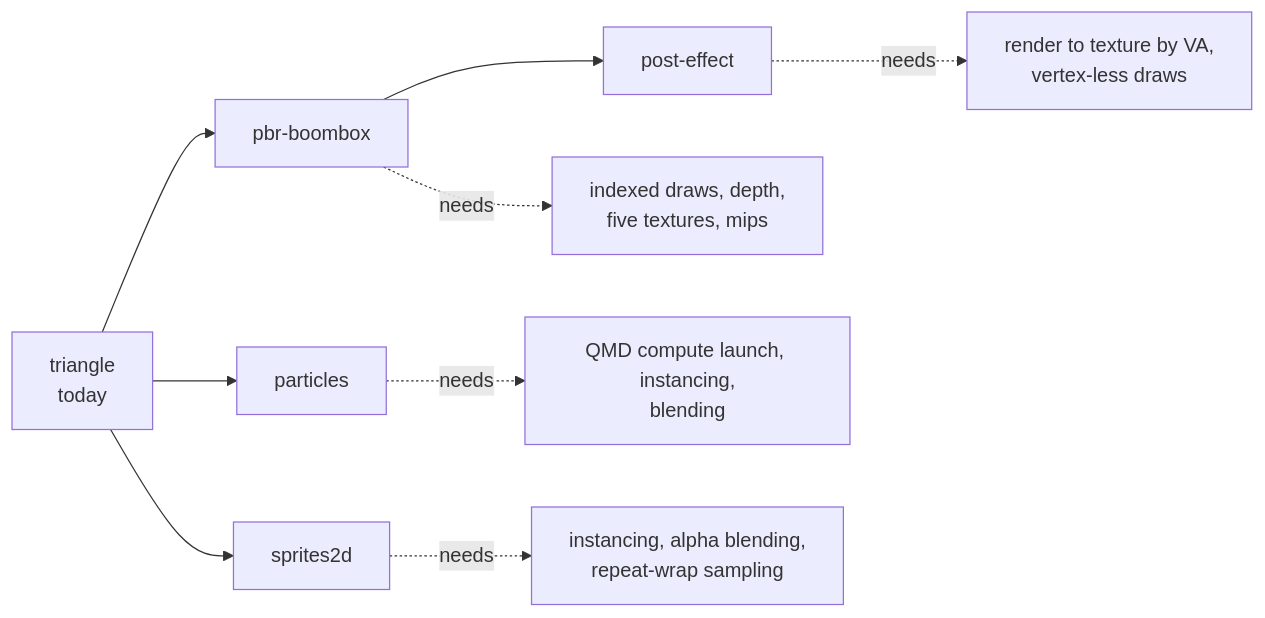
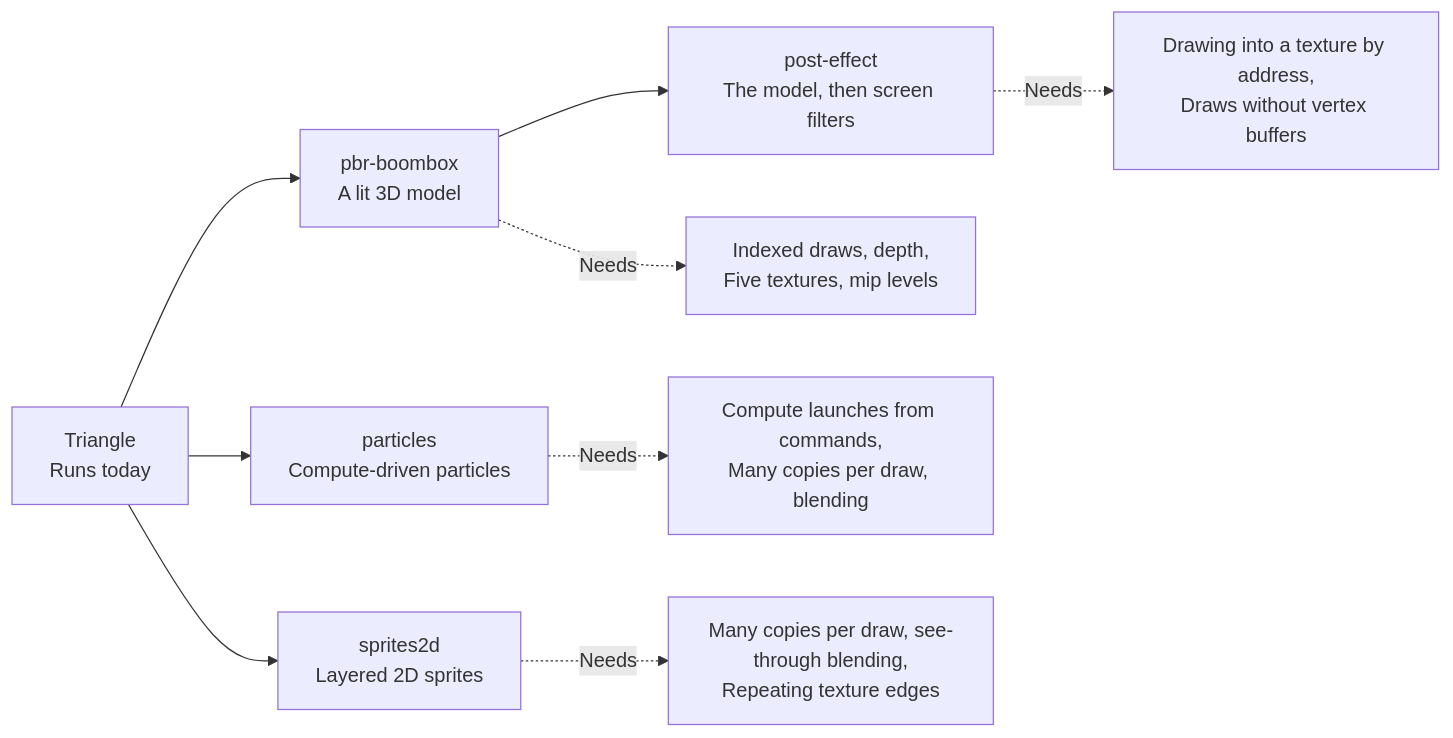
One commit to 0xNikilite/oboromi changed the first of 2 diagrams in docs/architecture/demos.md. Above: the diagram before and after it, drawn with Mermaid. The commit also changed other lines of this file and 22 other files, not shown here.

````diff
--- a/docs/architecture/demos.md
+++ b/docs/architecture/demos.md
@@ -25,11 +35,11 @@
 ```mermaid
 flowchart LR
-    TRI["triangle<br/>today"] --> PBR["pbr-boombox"]
-    PBR --> POST["post-effect"]
-    TRI --> SPR["sprites2d"]
-    TRI --> PART["particles"]
-    PBR -.->|"needs"| N1["indexed draws, depth,<br/>five textures, mips"]
-    POST -.->|"needs"| N2["render to texture by VA,<br/>vertex-less draws"]
-    PART -.->|"needs"| N3["QMD compute launch, instancing,<br/>blending"]
-    SPR -.->|"needs"| N4["instancing, alpha blending,<br/>repeat-wrap sampling"]
+    TRI["Triangle<br/>Runs today"] --> PBR["pbr-boombox<br/>A lit 3D model"]
+    PBR --> POST["post-effect<br/>The model, then screen filters"]
+    TRI --> SPR["sprites2d<br/>Layered 2D sprites"]
+    TRI --> PART["particles<br/>Compute-driven particles"]
+    PBR -.->|"Needs"| N1["Indexed draws, depth,<br/>Five textures, mip levels"]
+    POST -.->|"Needs"| N2["Drawing into a texture by address,<br/>Draws without vertex buffers"]
+    PART -.->|"Needs"| N3["Compute launches from commands,<br/>Many copies per draw, blending"]
+    SPR -.->|"Needs"| N4["Many copies per draw, see-through blending,<br/>Repeating texture edges"]
 ```
````
